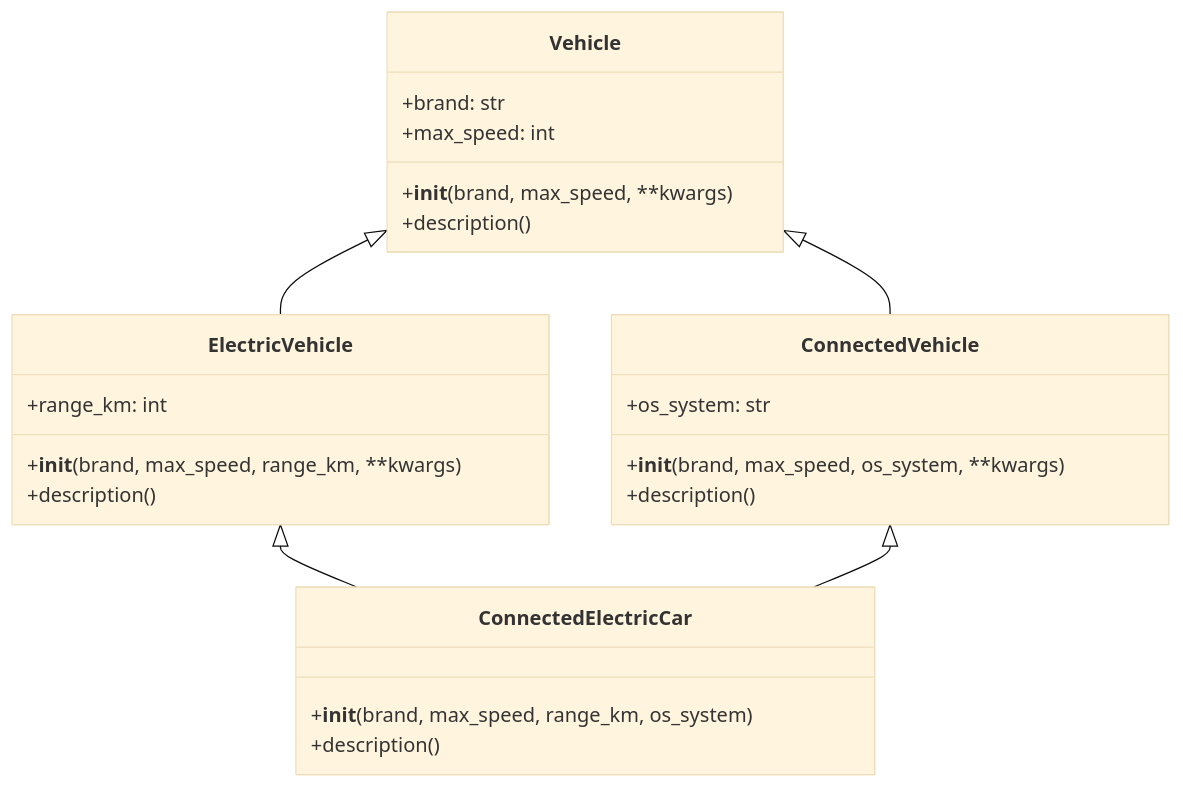
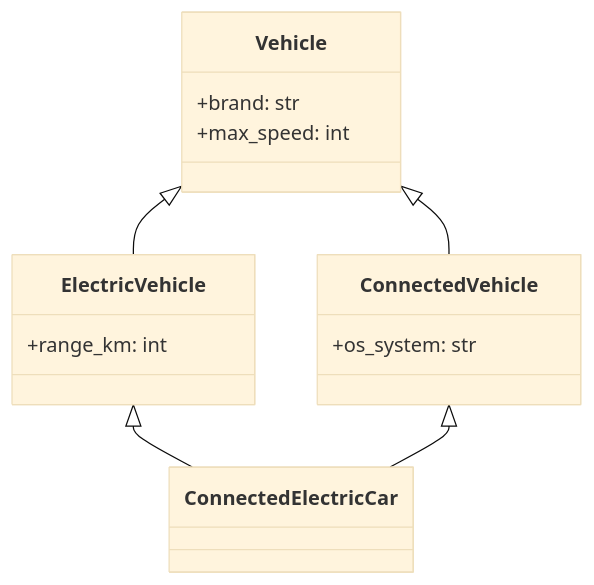
The third of 3 diagrams in README.md (Lagmouchyoussef/Python-Practical-Works), drawn with Mermaid (base theme) before and after one commit. The commit also changed other lines of this file, not shown here.

````diff
--- a/README.md
+++ b/README.md
@@ -444,31 +376,23 @@
 ```mermaid
 classDiagram
     class Vehicle {
         +brand: str
         +max_speed: int
-        +__init__(brand, max_speed, **kwargs)
-        +description()
     }
     
     class ElectricVehicle {
         +range_km: int
-        +__init__(brand, max_speed, range_km, **kwargs)
-        +description()
     }
     
     class ConnectedVehicle {
         +os_system: str
-        +__init__(brand, max_speed, os_system, **kwargs)
-        +description()
     }
     
     class ConnectedElectricCar {
-        +__init__(brand, max_speed, range_km, os_system)
-        +description()
     }
     
     Vehicle <|-- ElectricVehicle
     Vehicle <|-- ConnectedVehicle
     ElectricVehicle <|-- ConnectedElectricCar
     ConnectedVehicle <|-- ConnectedElectricCar
 ```
````
